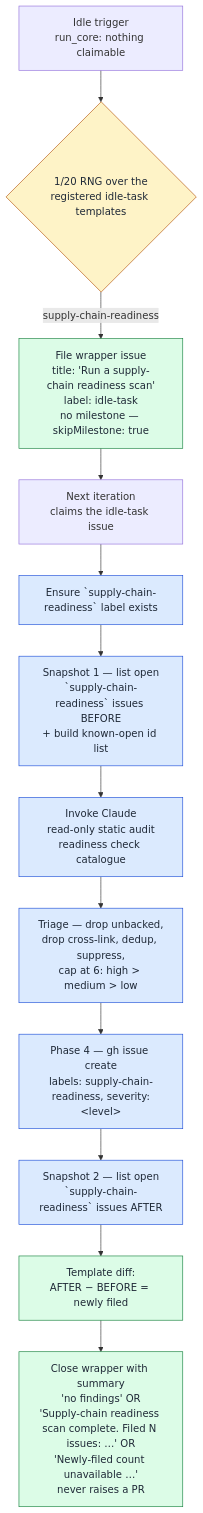
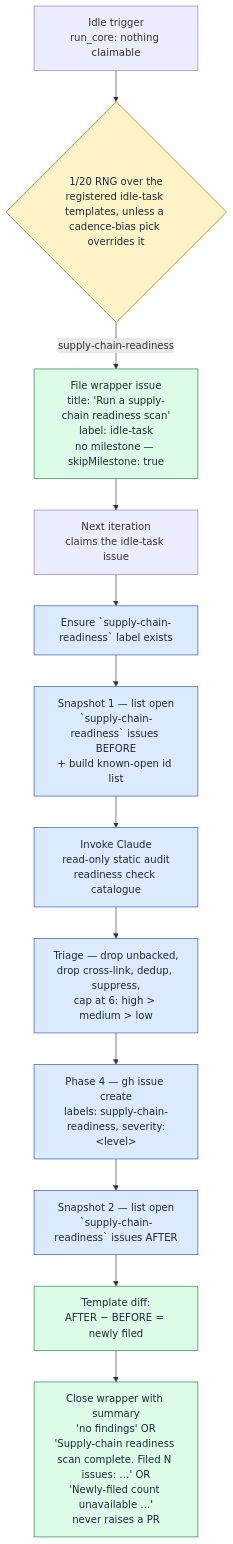
The second of 2 diagrams in docs/SUPPLY-CHAIN-READINESS-SCAN.md (stSoftwareAU/VibeCoder), drawn with Mermaid before and after one commit. The commit also changed other lines of this file and 13 other files, not shown here.

````diff
--- a/docs/SUPPLY-CHAIN-READINESS-SCAN.md
+++ b/docs/SUPPLY-CHAIN-READINESS-SCAN.md
@@ -201,20 +201,20 @@
 ```mermaid
 flowchart TD
     classDef gate fill:#fef3c7,stroke:#b45309,color:#1f2937;
     classDef phase fill:#dbeafe,stroke:#1d4ed8,color:#1f2937;
     classDef output fill:#dcfce7,stroke:#15803d,color:#1f2937;
 
     Idle[Idle trigger<br/>run_core: nothing claimable]
-    Idle --> Pick{1/20 RNG over the<br/>registered idle-task templates}
+    Idle --> Pick{1/20 RNG over the<br/>registered idle-task templates, unless a cadence-bias pick overrides it}
     Pick -- supply-chain-readiness --> FileWrapper[File wrapper issue<br/>title: 'Run a supply-chain readiness scan'<br/>label: idle-task<br/>no milestone — skipMilestone: true]:::output
     FileWrapper --> Claim[Next iteration<br/>claims the idle-task issue]
     Claim --> Ensure[Ensure `supply-chain-readiness` label exists]:::phase
     Ensure --> Before[Snapshot 1 — list open<br/>`supply-chain-readiness` issues BEFORE<br/>+ build known-open id list]:::phase
     Before --> Run[Invoke Claude<br/>read-only static audit<br/>readiness check catalogue]:::phase
     Run --> Cap[Triage — drop unbacked,<br/>drop cross-link, dedup, suppress,<br/>cap at 6: high > medium > low]:::phase
     Cap --> FileFindings[Phase 4 — gh issue create<br/>labels: supply-chain-readiness, severity:&lt;level&gt;]:::phase
     FileFindings --> After[Snapshot 2 — list open<br/>`supply-chain-readiness` issues AFTER]:::phase
     After --> Diff[Template diff:<br/>AFTER − BEFORE = newly filed]:::output
     Diff --> Close[Close wrapper with summary<br/>'no findings' OR<br/>'Supply-chain readiness scan complete. Filed N issues: …' OR<br/>'Newly-filed count unavailable …'<br/>never raises a PR]:::output
     class Pick gate;
 ```
````
